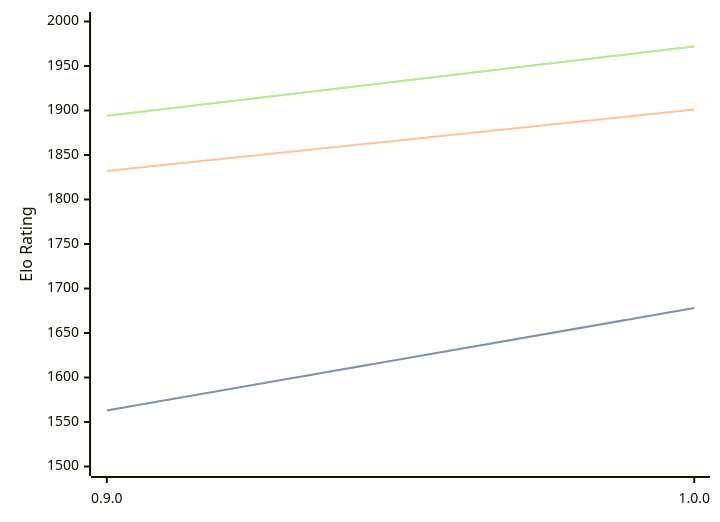
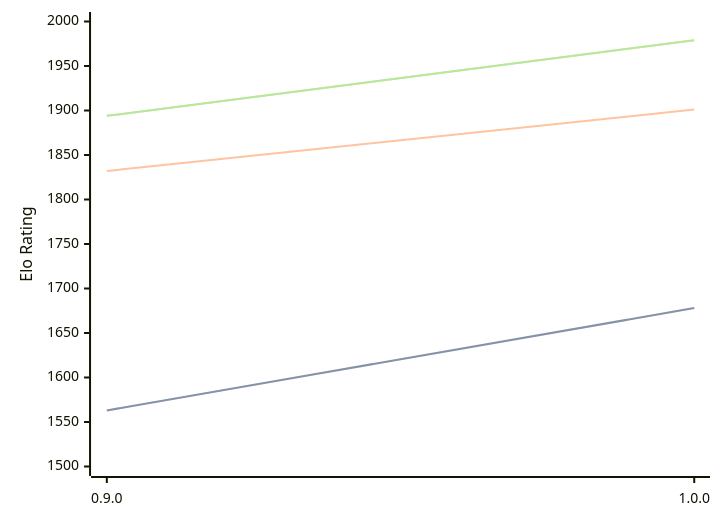
Before and after one commit to computer-chess-index/cci: the diagram in engines/Ratsu.md, drawn with Mermaid. The commit also changed other lines of this file, not shown here.

Commit message:
Update CCI Ratings (ELO VLTC) - 2026-03-18

````diff
--- a/engines/Ratsu.md
+++ b/engines/Ratsu.md
@@ -30,11 +30,11 @@
 ```mermaid
 %%{init: {"theme":"base","themeVariables":{"seriesColors:['#a3a3a3','#222221','#faa371']}}}%%
 xychart-beta
   x-axis ["0.9.0", "1.0.0"]
   y-axis "Elo Rating" 1500 --> 2000
   line "STC (8.0+0.08s)" [1563, 1678]
   line "STC (8.0+0.08s)" [1563, 1678]
   line "LTC (60.0+0.60s)" [1832, 1901]
-  line "VLTC (2m24s+1.12s)" [1894, 1972]
-  line "VLTC (2m24s+1.12s)" [1894, 1972]
+  line "VLTC (2m24s+1.12s)" [1894, 1979]
+  line "VLTC (2m24s+1.12s)" [1894, 1979]
 ```
````
